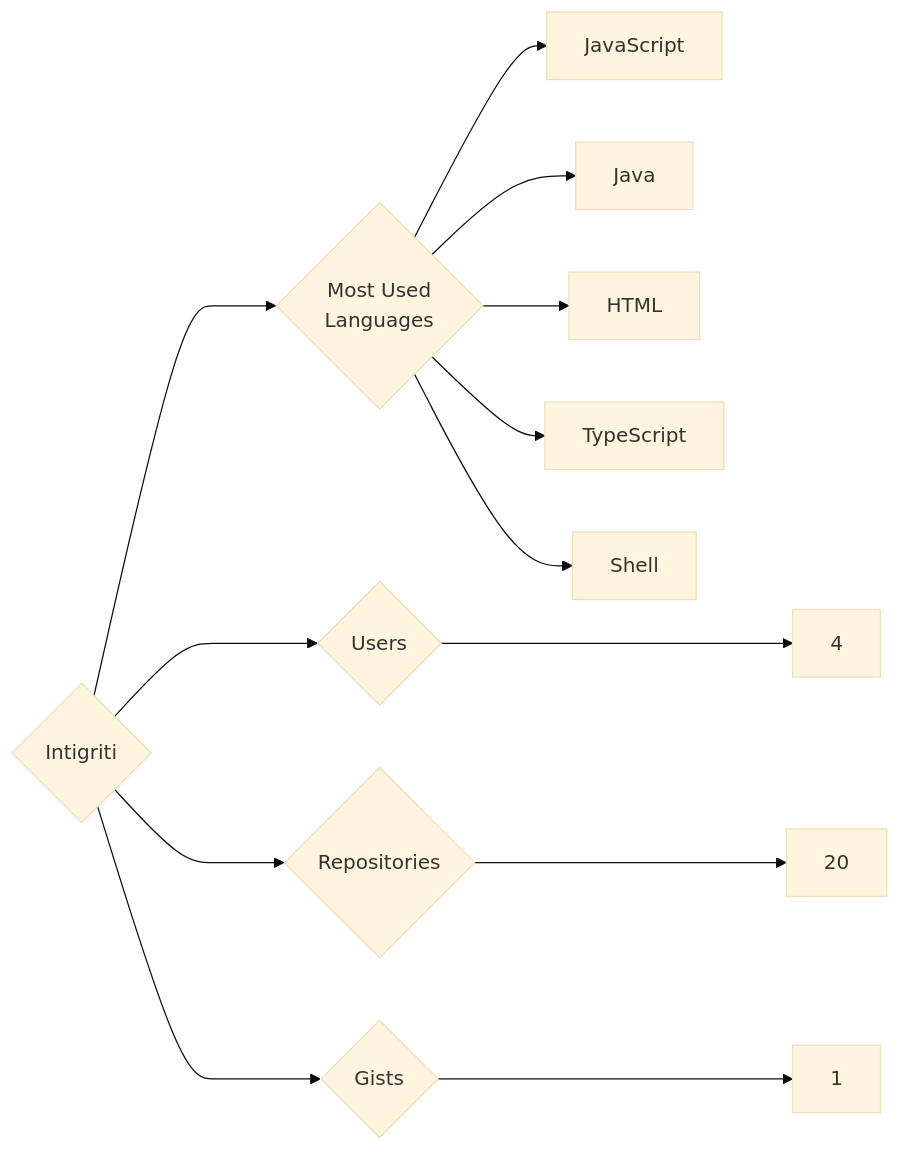
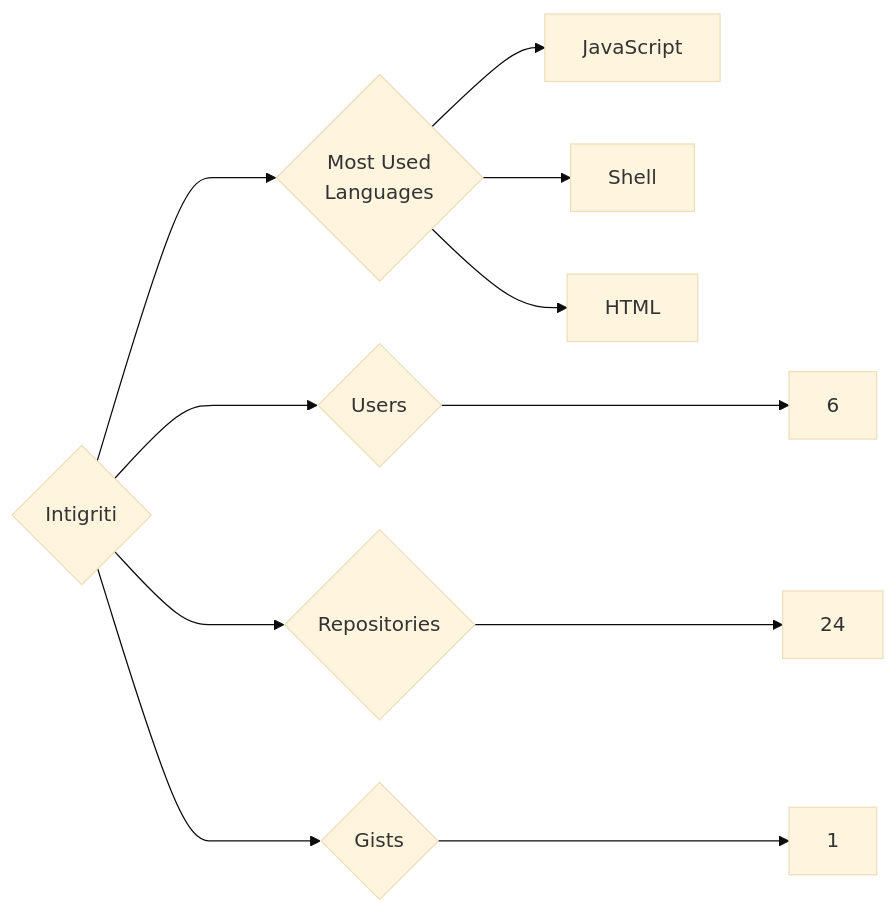
One commit to trickest/insiders changed the diagram in targets/Intigriti/README.md. Above: the diagram before and after it, drawn with Mermaid (base theme). The commit also changed 888 other files, not shown here.

````diff
--- a/targets/Intigriti/README.md
+++ b/targets/Intigriti/README.md
@@ -3,13 +3,11 @@
 ```mermaid
 graph LR
 COMPANY_NAME{Intigriti}
-COMPANY_NAME ---> U{Users} ---> UN[4]
-COMPANY_NAME ---> R{Repositories} ---> RN[20]
+COMPANY_NAME ---> U{Users} ---> UN[6]
+COMPANY_NAME ---> R{Repositories} ---> RN[24]
 COMPANY_NAME ---> G{Gists} ---> GN[1]
 COMPANY_NAME ---> ML{Most Used<br>Languages}
 ML --> JavaScript[JavaScript]
-ML --> Java[Java]
+ML --> Shell[Shell]
 ML --> HTML[HTML]
-ML --> TypeScript[TypeScript]
-ML --> Shell[Shell]
 ```
````
